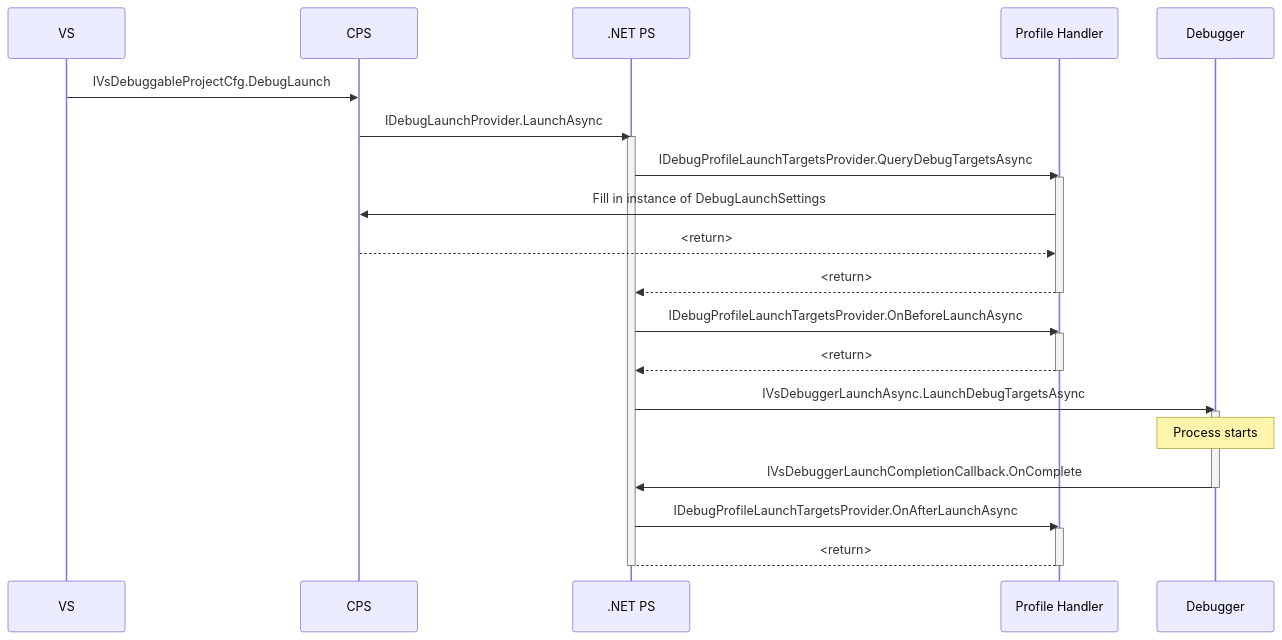
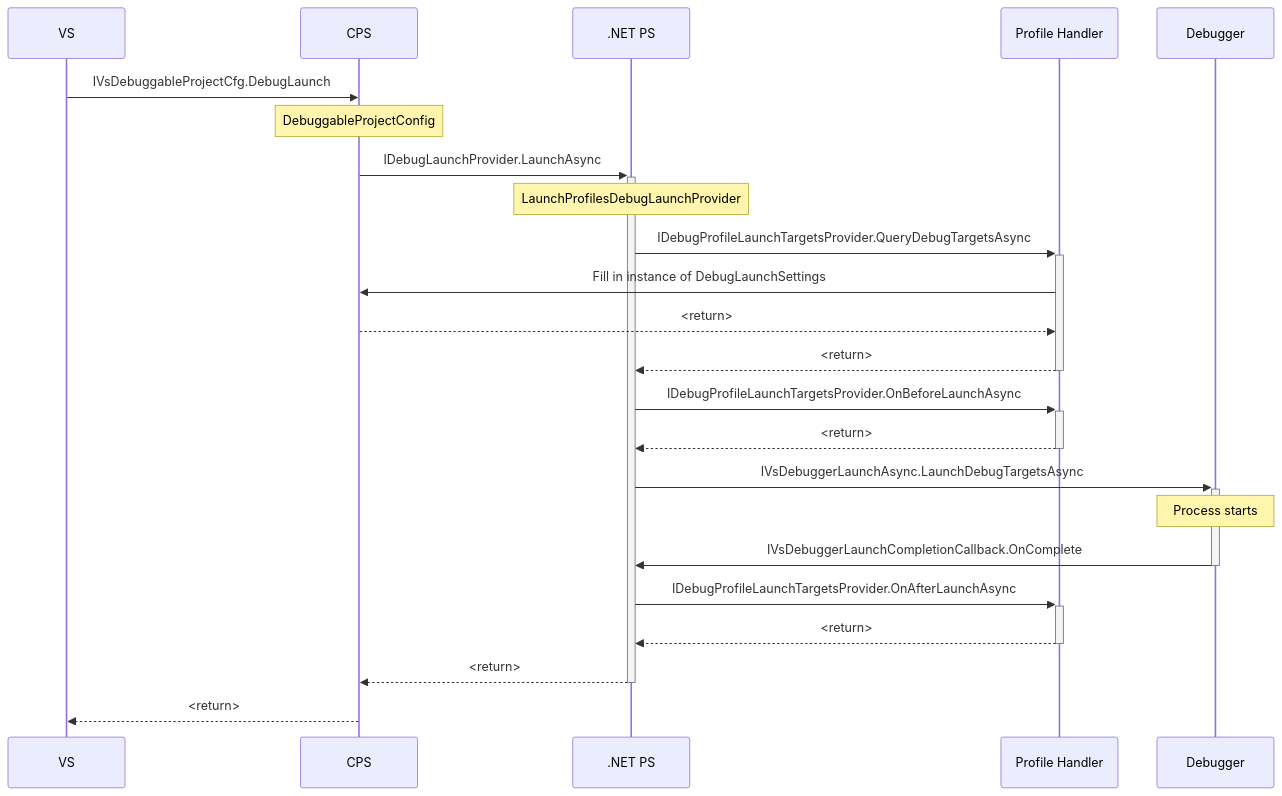
The third of 3 diagrams in src/VisualStudio/SDKProjects/docs/launch-flow.md (X-Sharp/XSharpPublic), drawn with Mermaid before and after one commit. The commit also changed other lines of this file and 492 other files, not shown here.

````diff
--- a/src/VisualStudio/SDKProjects/docs/launch-flow.md
+++ b/src/VisualStudio/SDKProjects/docs/launch-flow.md
@@ -75,33 +87,27 @@
 ```mermaid
 sequenceDiagram
 
   participant VS
   participant CPS
   participant .NET as .NET PS
   participant PH as Profile Handler
   participant Debugger
   
   VS->>CPS: IVsDebuggableProjectCfg.DebugLaunch
-  CPS->>.NET: IDebugLaunchProvider.LaunchAsync
-  activate .NET
-  .NET->>PH: IDebugProfileLaunchTargetsProvider.QueryDebugTargetsAsync
-  activate PH
+  NOTE over CPS: DebuggableProjectConfig
+  CPS->>+.NET: IDebugLaunchProvider.LaunchAsync
+  NOTE over .NET: LaunchProfilesDebugLaunchProvider
+  .NET->>+PH: IDebugProfileLaunchTargetsProvider.QueryDebugTargetsAsync
   PH->>CPS: Fill in instance of DebugLaunchSettings
   CPS-->>PH: <return>
-  PH-->>.NET: <return>
-  deactivate PH
-  .NET->>PH: IDebugProfileLaunchTargetsProvider.OnBeforeLaunchAsync
-  activate PH
-  PH-->>.NET: <return>
-  deactivate PH
-  .NET->>Debugger: IVsDebuggerLaunchAsync.LaunchDebugTargetsAsync
-  activate Debugger
+  PH-->>-.NET: <return>
+  .NET->>+PH: IDebugProfileLaunchTargetsProvider.OnBeforeLaunchAsync
+  PH-->>-.NET: <return>
+  .NET->>+Debugger: IVsDebuggerLaunchAsync.LaunchDebugTargetsAsync
   Note over Debugger: Process starts
-  Debugger->>.NET: IVsDebuggerLaunchCompletionCallback.OnComplete
-  deactivate Debugger
-  .NET->>PH: IDebugProfileLaunchTargetsProvider.OnAfterLaunchAsync
-  activate PH
-  PH-->.NET: <return>
-  deactivate PH
-  deactivate .NET
+  Debugger->>-.NET: IVsDebuggerLaunchCompletionCallback.OnComplete
+  .NET->>+PH: IDebugProfileLaunchTargetsProvider.OnAfterLaunchAsync
+  PH-->>-.NET: <return>
+  .NET-->>-CPS: <return>
+  CPS-->>VS: <return>
 ```
````
